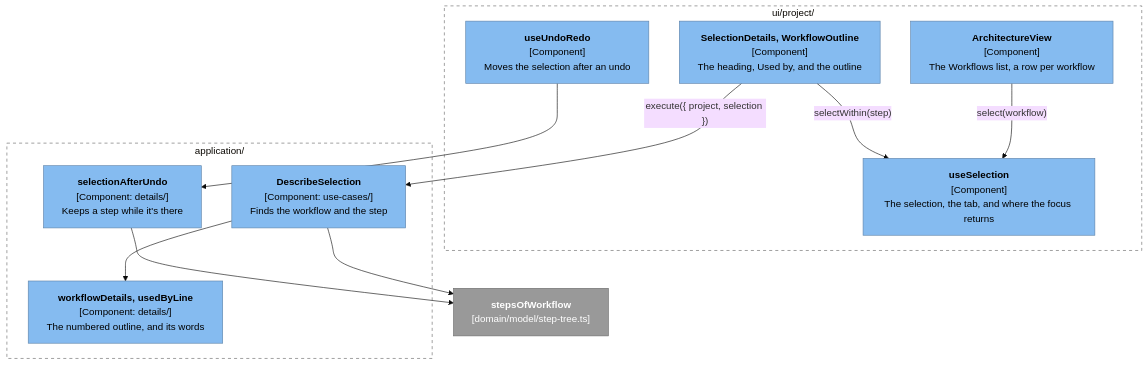
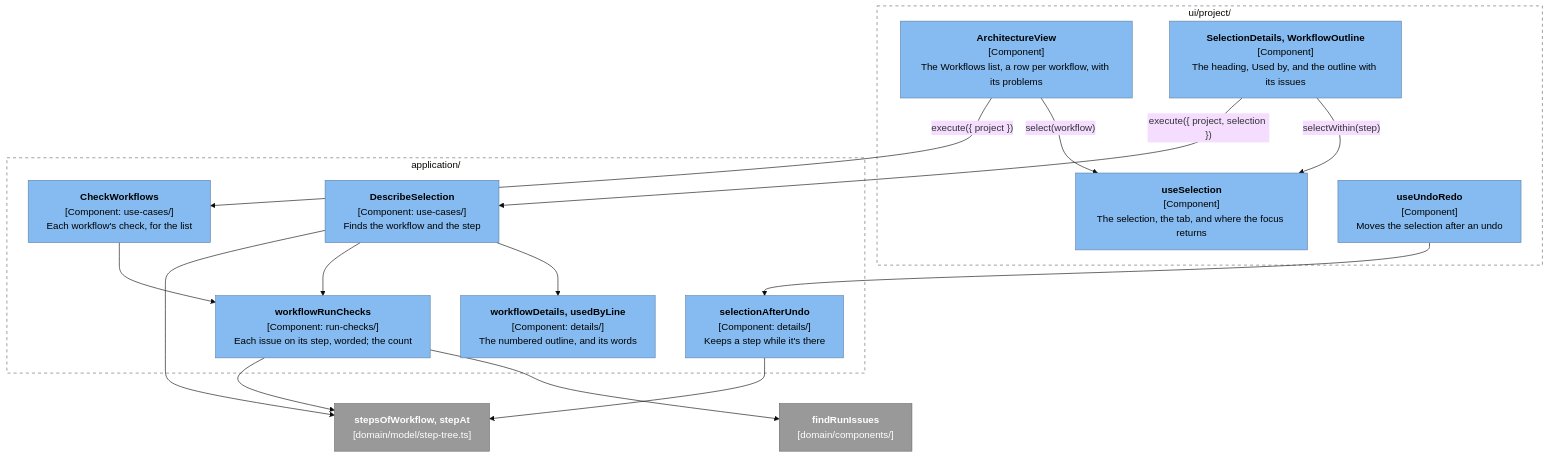
One commit to alanbickel/wind-tunnel changed the second of 3 diagrams in docs/architecture/workflow-editor.md. Above: the diagram before and after it, drawn with Mermaid (base theme). The commit also changed other lines of this file and 27 other files, not shown here.

Commit message:
feat(ui): show run issues on their steps (#136)

````diff
--- a/docs/architecture/workflow-editor.md
+++ b/docs/architecture/workflow-editor.md
@@ -47,29 +47,35 @@
 ```mermaid
 %%{init: {"flowchart": {"wrappingWidth": 320}}}%%
 flowchart TB
     subgraph ui["ui/project/"]
-        list["<b>ArchitectureView</b><br/>[Component]<br/>The Workflows list, a row per workflow"]:::component
-        details["<b>SelectionDetails, WorkflowOutline</b><br/>[Component]<br/>The heading, Used by, and the outline"]:::component
+        list["<b>ArchitectureView</b><br/>[Component]<br/>The Workflows list, a row per workflow, with its problems"]:::component
+        details["<b>SelectionDetails, WorkflowOutline</b><br/>[Component]<br/>The heading, Used by, and the outline with its issues"]:::component
         selecting["<b>useSelection</b><br/>[Component]<br/>The selection, the tab, and where the focus returns"]:::component
         undo["<b>useUndoRedo</b><br/>[Component]<br/>Moves the selection after an undo"]:::component
     end
     subgraph app["application/"]
         describeUc["<b>DescribeSelection</b><br/>[Component: use-cases/]<br/>Finds the workflow and the step"]:::component
+        checkUc["<b>CheckWorkflows</b><br/>[Component: use-cases/]<br/>Each workflow's check, for the list"]:::component
         outline["<b>workflowDetails, usedByLine</b><br/>[Component: details/]<br/>The numbered outline, and its words"]:::component
+        checks["<b>workflowRunChecks</b><br/>[Component: run-checks/]<br/>Each issue on its step, worded; the count"]:::component
         afterUndo["<b>selectionAfterUndo</b><br/>[Component: details/]<br/>Keeps a step while it's there"]:::component
     end
-    stepTree["<b>stepsOfWorkflow</b><br/>[domain/model/step-tree.ts]"]:::external
+    stepTree["<b>stepsOfWorkflow, stepAt</b><br/>[domain/model/step-tree.ts]"]:::external
+    findIssues["<b>findRunIssues</b><br/>[domain/components/]"]:::external
     list -->|"select(workflow)"| selecting
+    list -->|"execute({ project })"| checkUc
     details -->|"selectWithin(step)"| selecting
     details -->|"execute({ project, selection })"| describeUc
     describeUc --> outline
-    describeUc & afterUndo --> stepTree
+    describeUc & checkUc --> checks
+    checks --> findIssues
+    describeUc & afterUndo & checks --> stepTree
     undo --> afterUndo
     style ui fill:none,stroke:#666,stroke-dasharray:5 5
     style app fill:none,stroke:#666,stroke-dasharray:5 5
     classDef person fill:#08427b,stroke:#052e56,color:#fff
     classDef system fill:#1168bd,stroke:#0b4884,color:#fff
     classDef component fill:#85bbf0,stroke:#5d82a8,color:#000
     classDef external fill:#999,stroke:#6b6b6b,color:#fff
     classDef planned fill:#fff,stroke:#1168bd,color:#1168bd,stroke-dasharray:5 5
 ```
````
